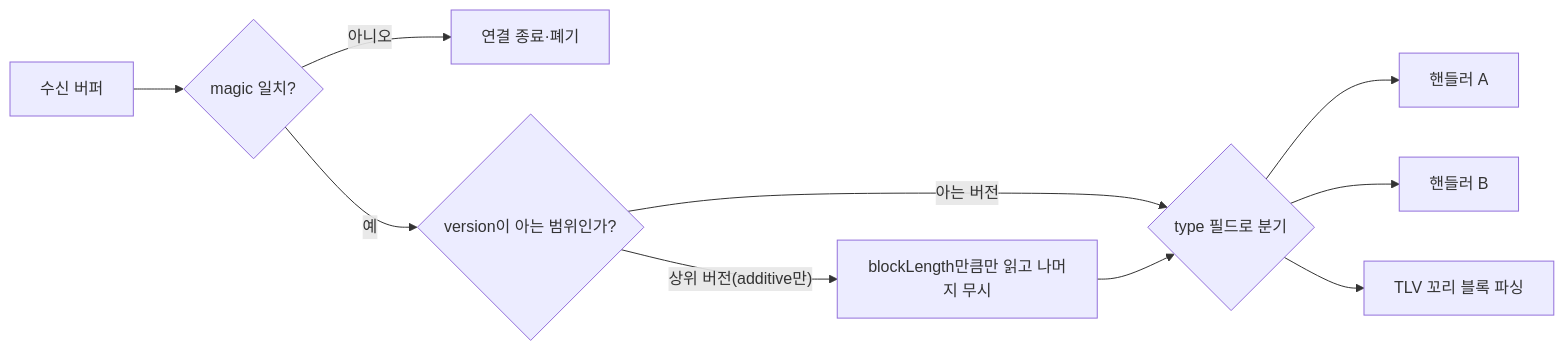
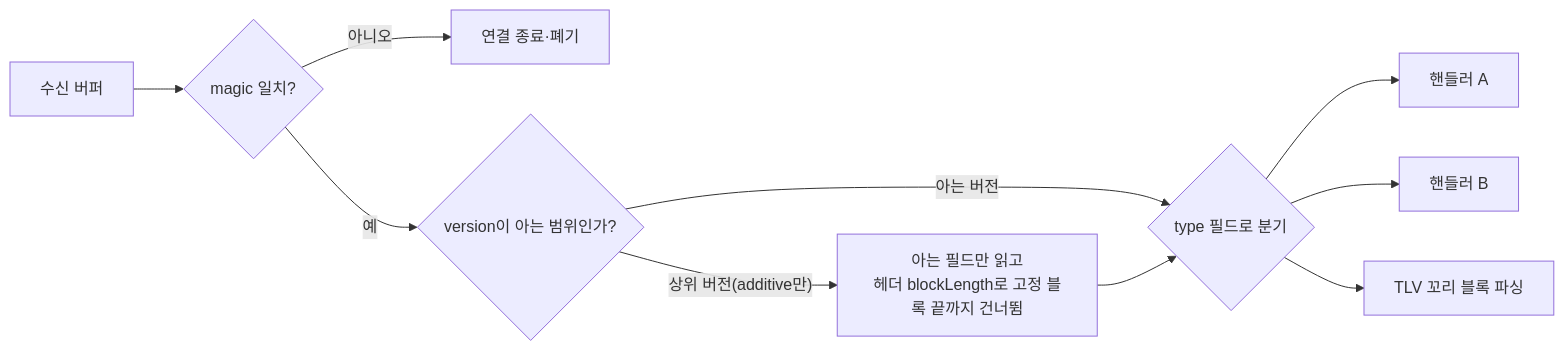
Before and after one commit to 42jerrykim/42jerrykim.github.io: the diagram in content/collection/optimization-10-network/09-protocol-design/index.md, drawn with Mermaid. The commit also changed other lines of this file and 1 other file, not shown here.

````diff
--- a/content/collection/optimization-10-network/09-protocol-design/index.md
+++ b/content/collection/optimization-10-network/09-protocol-design/index.md
@@ -187,12 +185,12 @@
 ```mermaid
 flowchart LR
   recvBuf["수신 버퍼"] --> checkMagic{"magic 일치?"}
   checkMagic -- "아니오" --> dropMsg["연결 종료·폐기"]
   checkMagic -- "예" --> checkVersion{"version이 아는 범위인가?"}
-  checkVersion -- "상위 버전(additive만)" --> readKnownBlock["blockLength만큼만 읽고 나머지 무시"]
+  checkVersion -- "상위 버전(additive만)" --> readKnownBlock["아는 필드만 읽고</br>헤더 blockLength로 고정 블록 끝까지 건너뜀"]
   checkVersion -- "아는 버전" --> dispatchType{"type 필드로 분기"}
   readKnownBlock --> dispatchType
   dispatchType --> handlerA["핸들러 A"]
   dispatchType --> handlerB["핸들러 B"]
   dispatchType --> tlvTail["TLV 꼬리 블록 파싱"]
 ```
````
